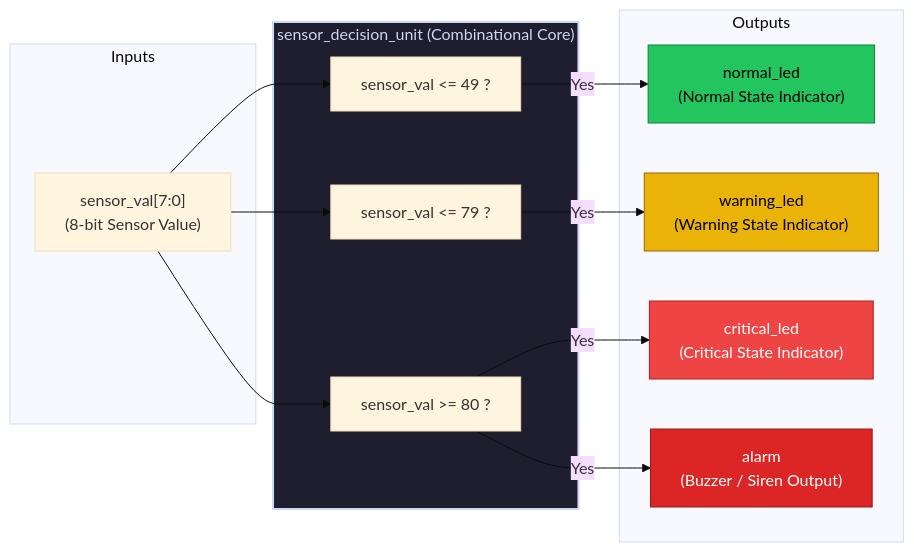
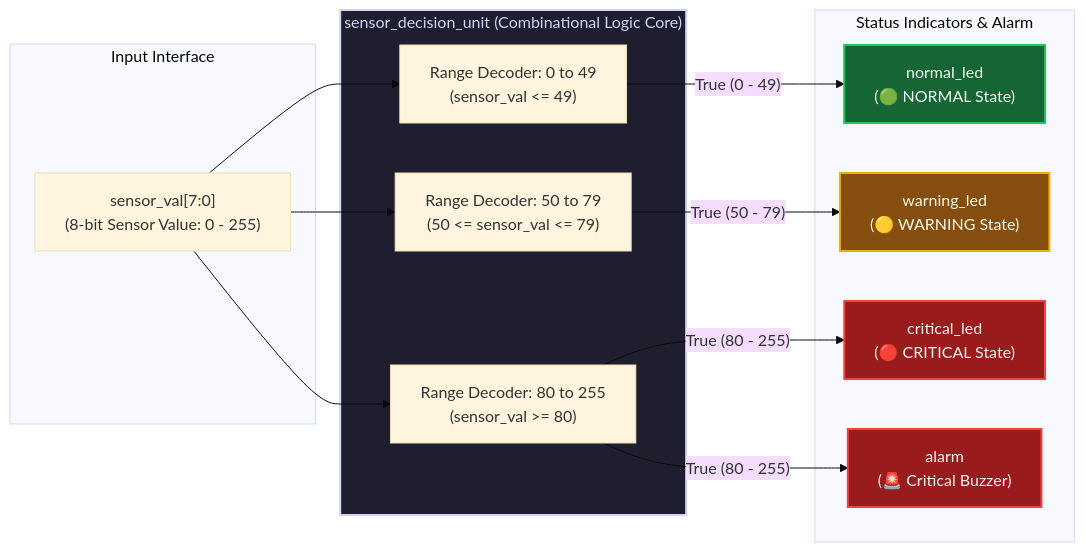
One commit to abhishek947kumar/sensor-status-decision-unit changed the first of 2 diagrams in README.md. Above: the diagram before and after it, drawn with Mermaid (base theme). The commit also changed other lines of this file, not shown here.

Commit message:
docs: fix and clarify block diagram range conditions and flowchart

````diff
--- a/README.md
+++ b/README.md
@@ -44,34 +44,34 @@
 ```mermaid
 graph LR
-    subgraph Inputs
-        SENSOR["sensor_val[7:0]<br/>(8-bit Sensor Value)"]
+    subgraph Inputs ["Input Interface"]
+        SENSOR["sensor_val[7:0]<br/>(8-bit Sensor Value: 0 - 255)"]
     end
 
-    subgraph Sensor_Status_Decision_Unit["sensor_decision_unit (Combinational Core)"]
-        COMP1["sensor_val <= 49 ?"]
-        COMP2["sensor_val <= 79 ?"]
-        COMP3["sensor_val >= 80 ?"]
+    subgraph Sensor_Status_Decision_Unit ["sensor_decision_unit (Combinational Logic Core)"]
+        COMP1["Range Decoder: 0 to 49<br/>(sensor_val <= 49)"]
+        COMP2["Range Decoder: 50 to 79<br/>(50 <= sensor_val <= 79)"]
+        COMP3["Range Decoder: 80 to 255<br/>(sensor_val >= 80)"]
     end
 
-    subgraph Outputs
-        LED_NORM["normal_led<br/>(Normal State Indicator)"]
-        LED_WARN["warning_led<br/>(Warning State Indicator)"]
-        LED_CRIT["critical_led<br/>(Critical State Indicator)"]
-        ALARM["alarm<br/>(Buzzer / Siren Output)"]
+    subgraph Outputs ["Status Indicators & Alarm"]
+        LED_NORM["normal_led<br/>(🟢 NORMAL State)"]
+        LED_WARN["warning_led<br/>(🟡 WARNING State)"]
+        LED_CRIT["critical_led<br/>(🔴 CRITICAL State)"]
+        ALARM["alarm<br/>(🚨 Critical Buzzer)"]
     end
 
     SENSOR --> COMP1
     SENSOR --> COMP2
     SENSOR --> COMP3
 
-    COMP1 -- Yes --> LED_NORM
-    COMP2 -- Yes --> LED_WARN
-    COMP3 -- Yes --> LED_CRIT
-    COMP3 -- Yes --> ALARM
+    COMP1 -- "True (0 - 49)" --> LED_NORM
+    COMP2 -- "True (50 - 79)" --> LED_WARN
+    COMP3 -- "True (80 - 255)" --> LED_CRIT
+    COMP3 -- "True (80 - 255)" --> ALARM
 
     style Sensor_Status_Decision_Unit fill:#1e1e2e,stroke:#cdd6f4,stroke-width:2px,color:#cdd6f4
-    style LED_NORM fill:#22c55e,stroke:#15803d,color:#000
-    style LED_WARN fill:#eab308,stroke:#a16207,color:#000
-    style LED_CRIT fill:#ef4444,stroke:#b91c1c,color:#fff
-    style ALARM fill:#dc2626,stroke:#991b1b,color:#fff
+    style LED_NORM fill:#166534,stroke:#22c55e,stroke-width:2px,color:#f0fdf4
+    style LED_WARN fill:#854d0e,stroke:#eab308,stroke-width:2px,color:#fefce8
+    style LED_CRIT fill:#991b1b,stroke:#ef4444,stroke-width:2px,color:#fef2f2
+    style ALARM fill:#991b1b,stroke:#ef4444,stroke-width:2px,color:#fef2f2
 ```
````
